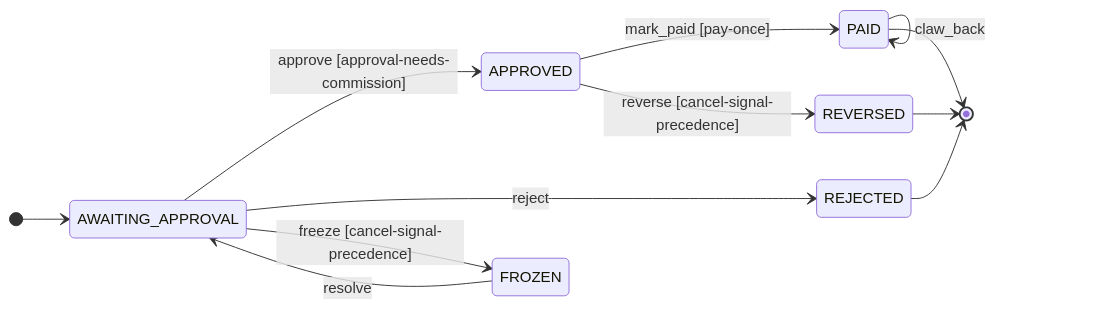
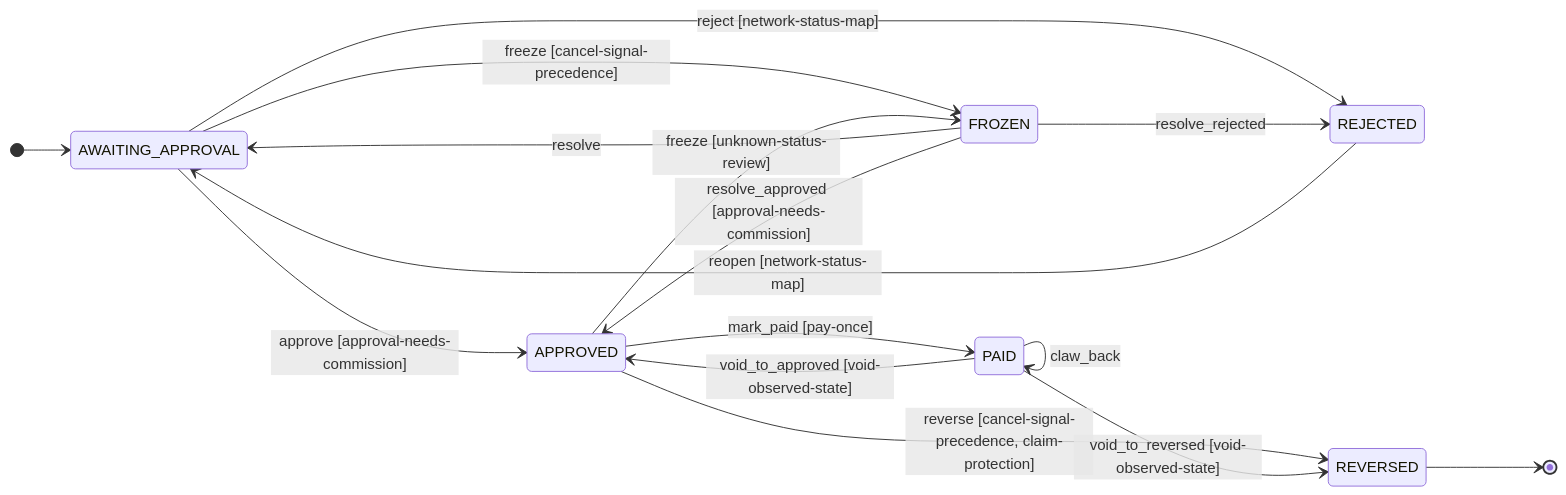
The first of 2 diagrams in docs/domain-viz/contexts/orders.md (Duke0503/shopee-aff), drawn with Mermaid before and after one commit. The commit also changed other lines of this file and 38 other files, not shown here.

First line of the commit message:
docs(architecture): apply the independent architecture review

````diff
--- a/docs/domain-viz/contexts/orders.md
+++ b/docs/domain-viz/contexts/orders.md
@@ -123,15 +123,19 @@
 ```mermaid
 stateDiagram-v2
     direction LR
     [*] --> AWAITING_APPROVAL
     AWAITING_APPROVAL --> APPROVED: approve [approval-needs-commission]
-    AWAITING_APPROVAL --> REJECTED: reject
+    AWAITING_APPROVAL --> REJECTED: reject [network-status-map]
     APPROVED --> PAID: mark_paid [pay-once]
     AWAITING_APPROVAL --> FROZEN: freeze [cancel-signal-precedence]
     FROZEN --> AWAITING_APPROVAL: resolve
-    APPROVED --> REVERSED: reverse [cancel-signal-precedence]
+    APPROVED --> REVERSED: reverse [cancel-signal-precedence, claim-protection]
     PAID --> PAID: claw_back
+    APPROVED --> FROZEN: freeze [unknown-status-review]
+    FROZEN --> APPROVED: resolve_approved [approval-needs-commission]
+    FROZEN --> REJECTED: resolve_rejected
+    REJECTED --> AWAITING_APPROVAL: reopen [network-status-map]
+    PAID --> APPROVED: void_to_approved [void-observed-state]
+    PAID --> REVERSED: void_to_reversed [void-observed-state]
     REVERSED --> [*]
-    PAID --> [*]
-    REJECTED --> [*]
 ```
````
